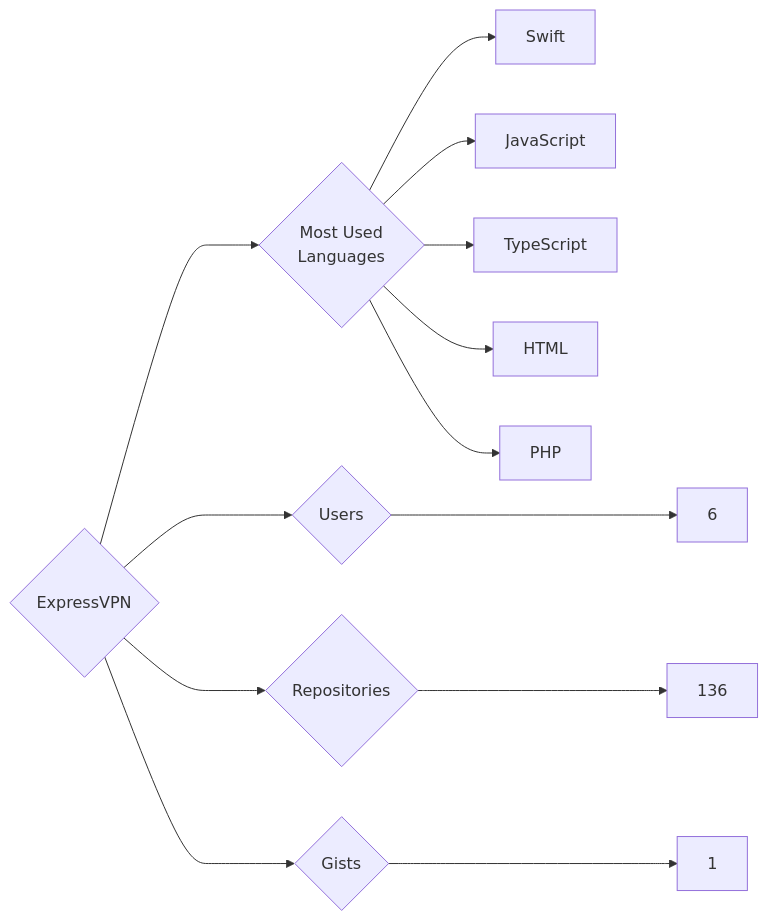
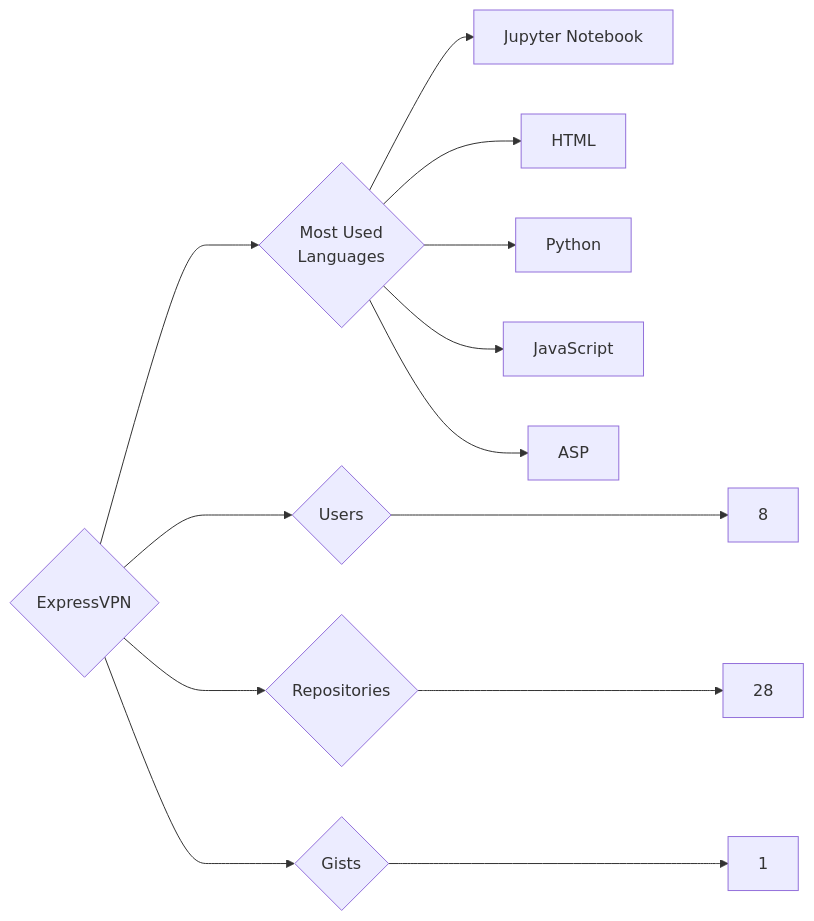
One commit to trickest/insiders changed the diagram in targets/ExpressVPN/README.md. Above: the diagram before and after it, drawn with Mermaid. The commit also changed 718 other files, not shown here.

````diff
--- a/targets/ExpressVPN/README.md
+++ b/targets/ExpressVPN/README.md
@@ -3,13 +3,13 @@
 ```mermaid
 graph LR
 COMPANY_NAME{ExpressVPN}
-COMPANY_NAME ---> U{Users} ---> UN[6]
-COMPANY_NAME ---> R{Repositories} ---> RN[136]
+COMPANY_NAME ---> U{Users} ---> UN[8]
+COMPANY_NAME ---> R{Repositories} ---> RN[28]
 COMPANY_NAME ---> G{Gists} ---> GN[1]
 COMPANY_NAME ---> ML{Most Used<br>Languages}
-ML --> Swift[Swift]
+ML --> Jupyter_Notebook[Jupyter Notebook]
+ML --> HTML[HTML]
+ML --> Python[Python]
 ML --> JavaScript[JavaScript]
-ML --> TypeScript[TypeScript]
-ML --> HTML[HTML]
-ML --> PHP[PHP]
+ML --> ASP[ASP]
 ```
````
